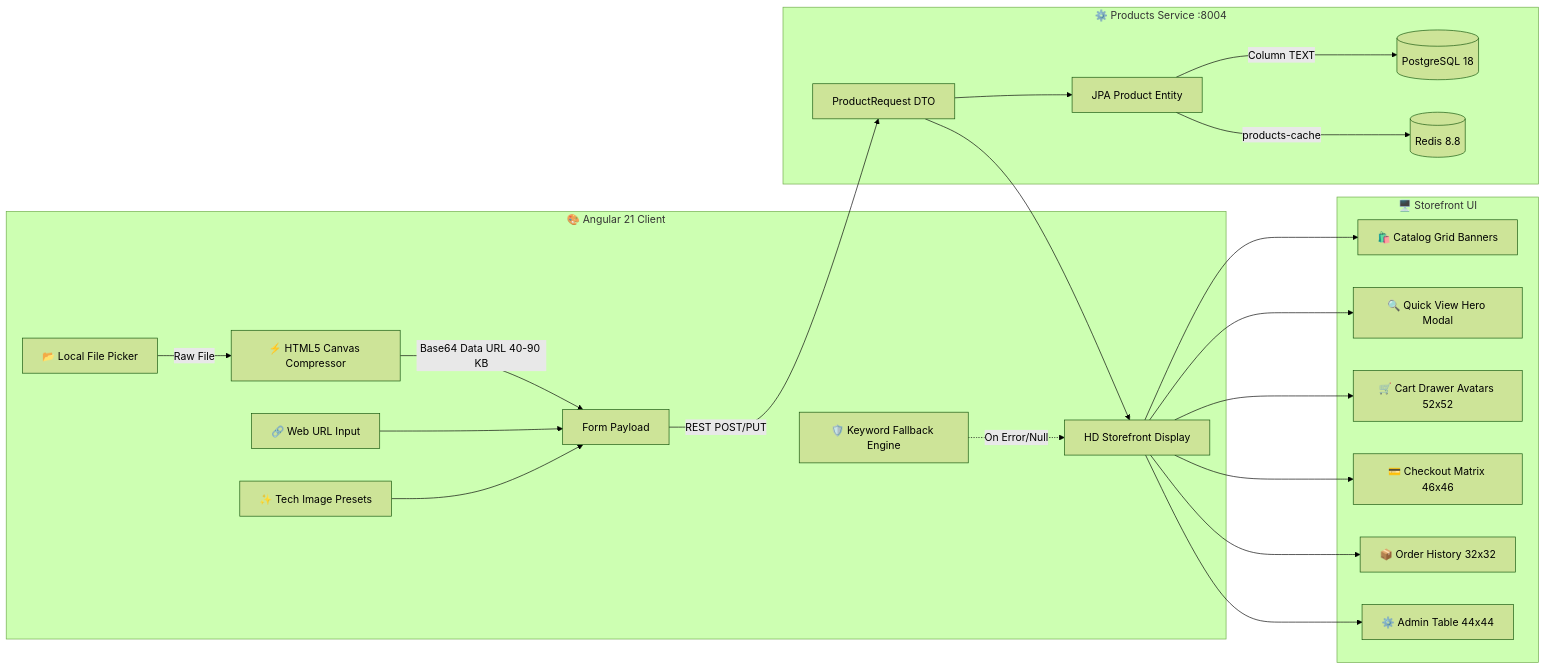
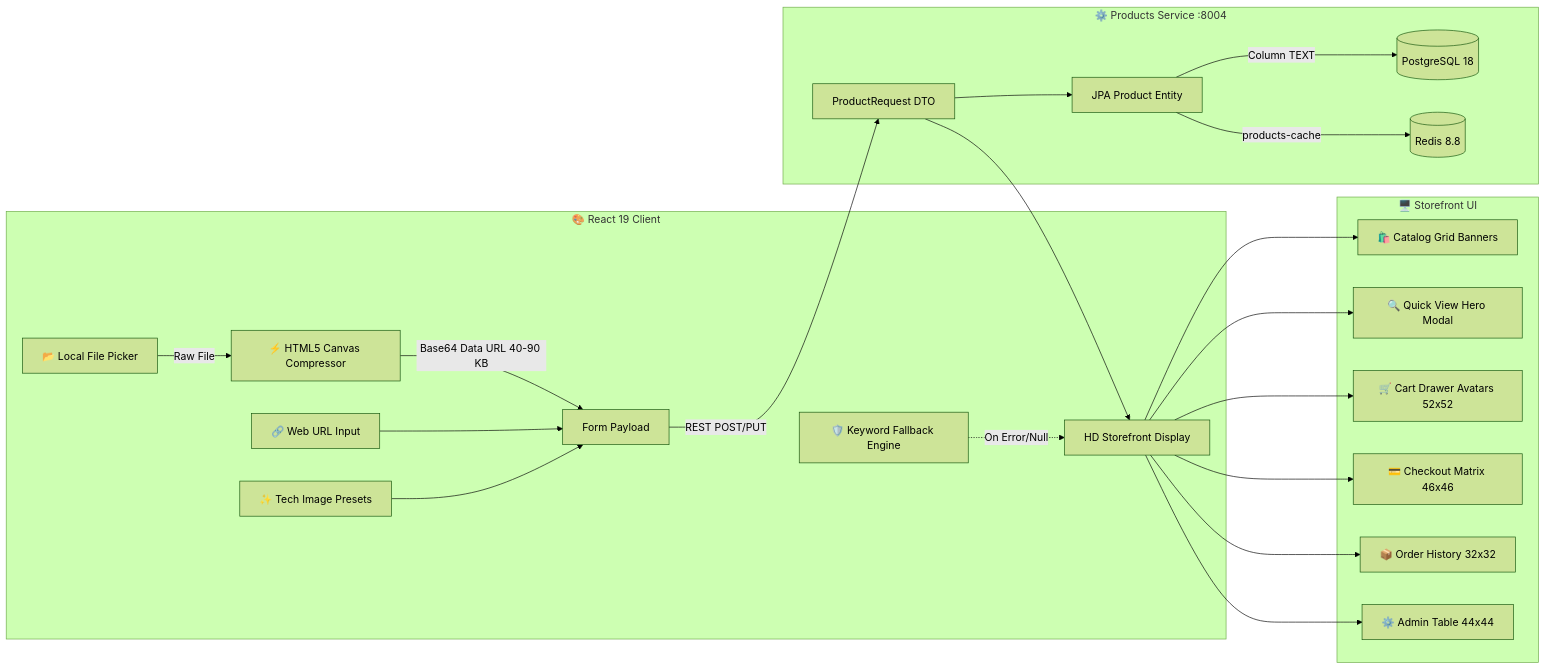
The third of 6 diagrams in docs/ARCHITECTURE.md (GeorgeGxx/microservices-architecture), drawn with Mermaid (forest theme) before and after one commit. The commit also changed other lines of this file and 9 other files, not shown here.

First line of the commit message:
docs: update enterprise architecture diagrams and multi-cloud documentation

````diff
--- a/docs/ARCHITECTURE.md
+++ b/docs/ARCHITECTURE.md
@@ -255,27 +284,27 @@
 ```mermaid
 flowchart LR
-    subgraph Client["🎨 Angular 21 Client"]
+    subgraph Client["🎨 React 19 Client"]
         A[📂 Local File Picker] -->|Raw File| B[⚡ HTML5 Canvas Compressor]
         B -->|Base64 Data URL 40-90 KB| C[Form Payload]
         D[🔗 Web URL Input] --> C
         E[✨ Tech Image Presets] --> C
         F[🛡️ Keyword Fallback Engine] -.->|On Error/Null| G[HD Storefront Display]
     end
 
     subgraph Backend["⚙️ Products Service :8004"]
         C -->|REST POST/PUT| H[ProductRequest DTO]
         H --> I[JPA Product Entity]
         I -->|Column TEXT| J[(PostgreSQL 18)]
         I -->|products-cache| K[(Redis 8.8)]
     end
 
     subgraph Views["🖥️ Storefront UI"]
         H --> G
         G --> V1[🛍️ Catalog Grid Banners]
         G --> V2[🔍 Quick View Hero Modal]
         G --> V3[🛒 Cart Drawer Avatars 52x52]
         G --> V4[💳 Checkout Matrix 46x46]
         G --> V5[📦 Order History 32x32]
         G --> V6[⚙️ Admin Table 44x44]
     end
 ```
````
